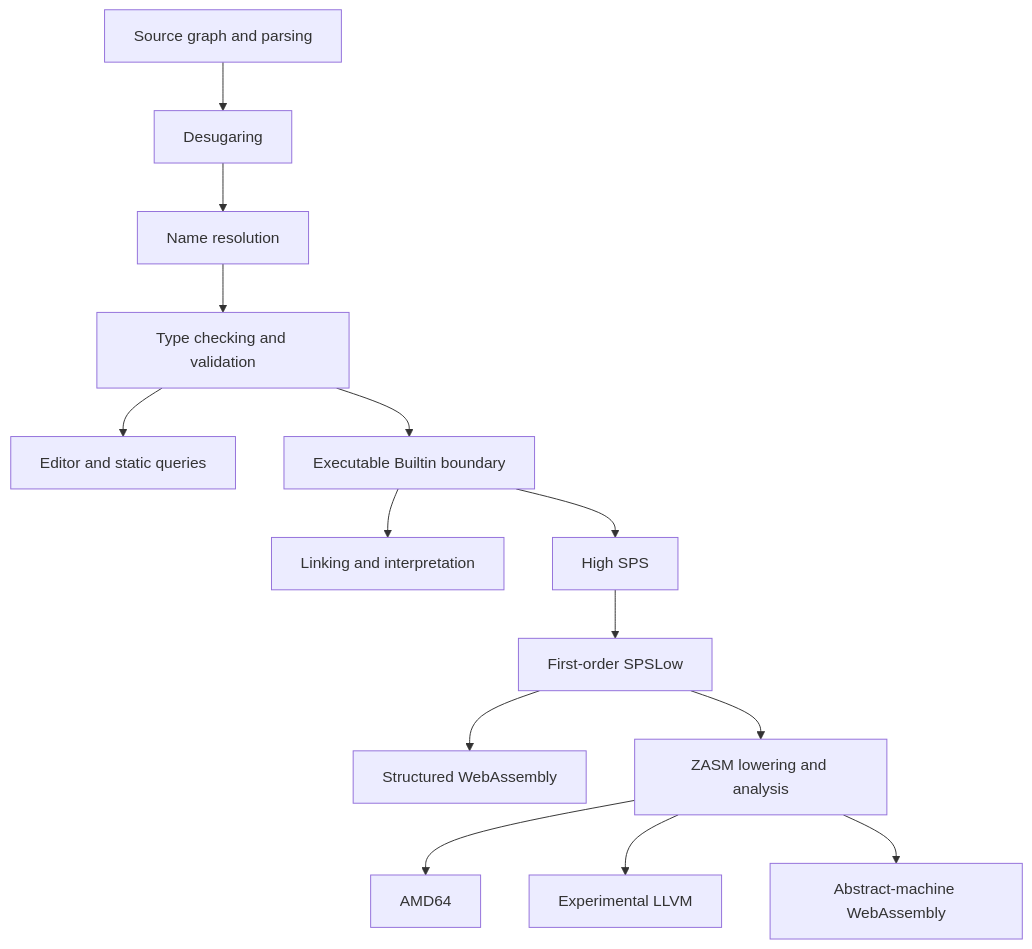
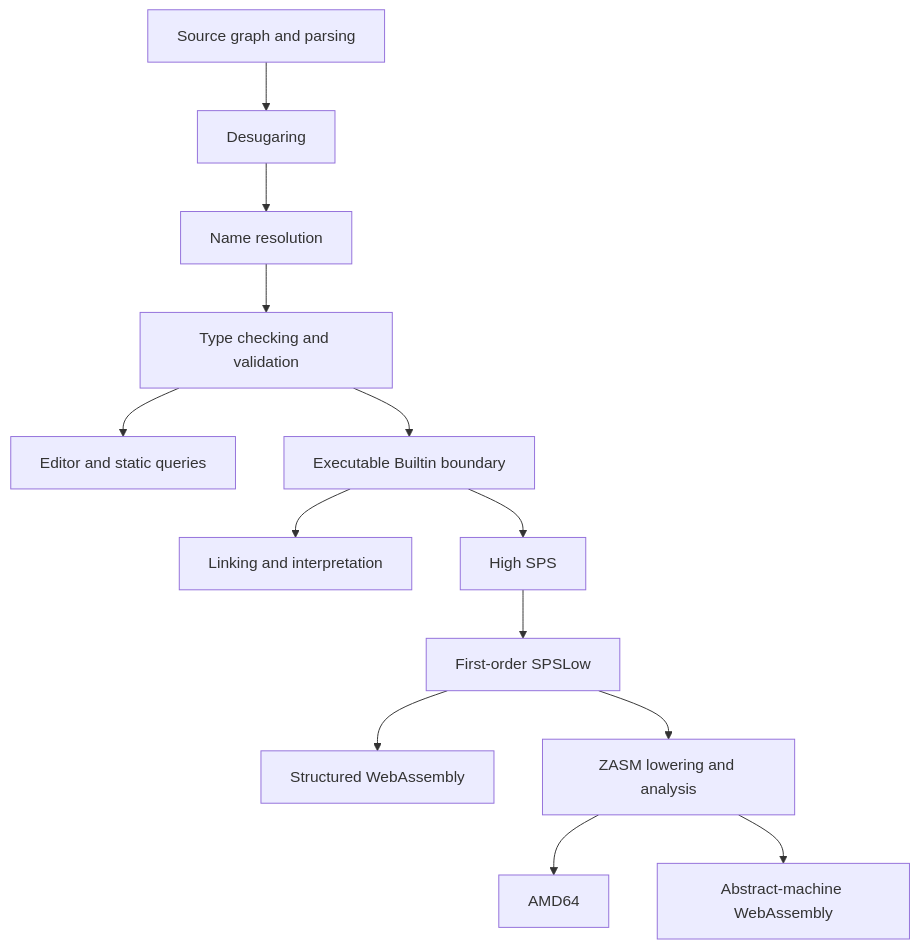
The diagram in DESIGN.md (zydeco-lang/zydeco), drawn with Mermaid before and after one commit. The commit also changed other lines of this file and 21 other files, not shown here.

Commit message:
repo: remove the experimental llvm backend

````diff
--- a/DESIGN.md
+++ b/DESIGN.md
@@ -492,16 +492,15 @@
 ```mermaid
 flowchart TD
     source[Source graph and parsing] --> desugar[Desugaring]
     desugar --> resolve[Name resolution]
     resolve --> check[Type checking and validation]
     check --> tooling[Editor and static queries]
     check --> builtin[Executable Builtin boundary]
     builtin --> interp[Linking and interpretation]
     builtin --> sps[High SPS]
     sps --> low[First-order SPSLow]
     low --> structured[Structured WebAssembly]
     low --> zasm[ZASM lowering and analysis]
     zasm --> amd64[AMD64]
-    zasm --> llvm[Experimental LLVM]
     zasm --> machine[Abstract-machine WebAssembly]
 ```
````
